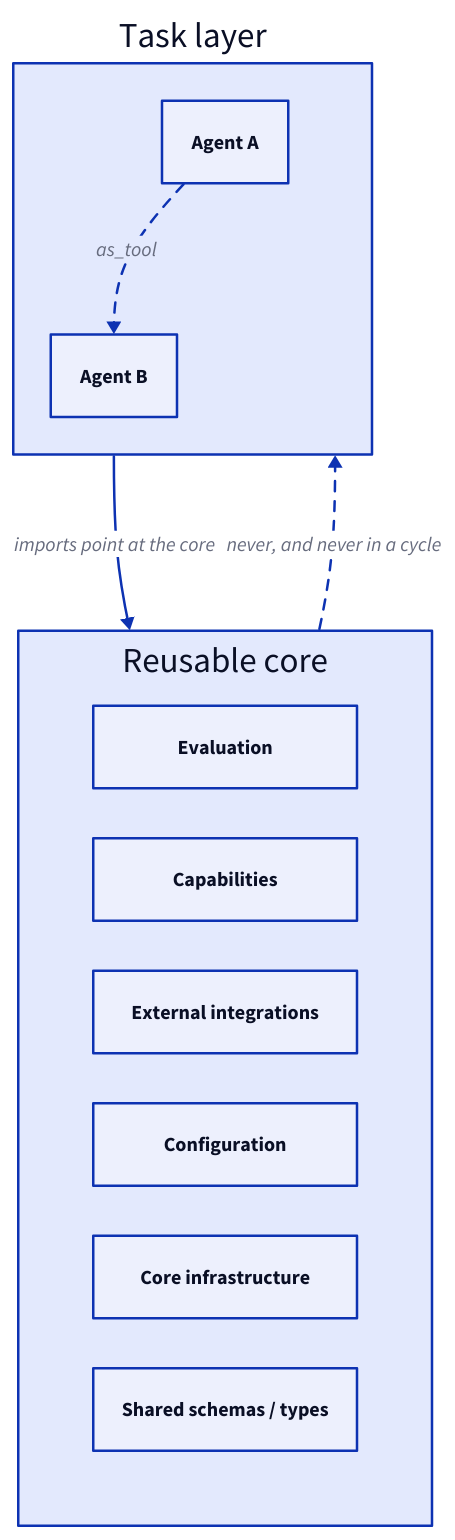
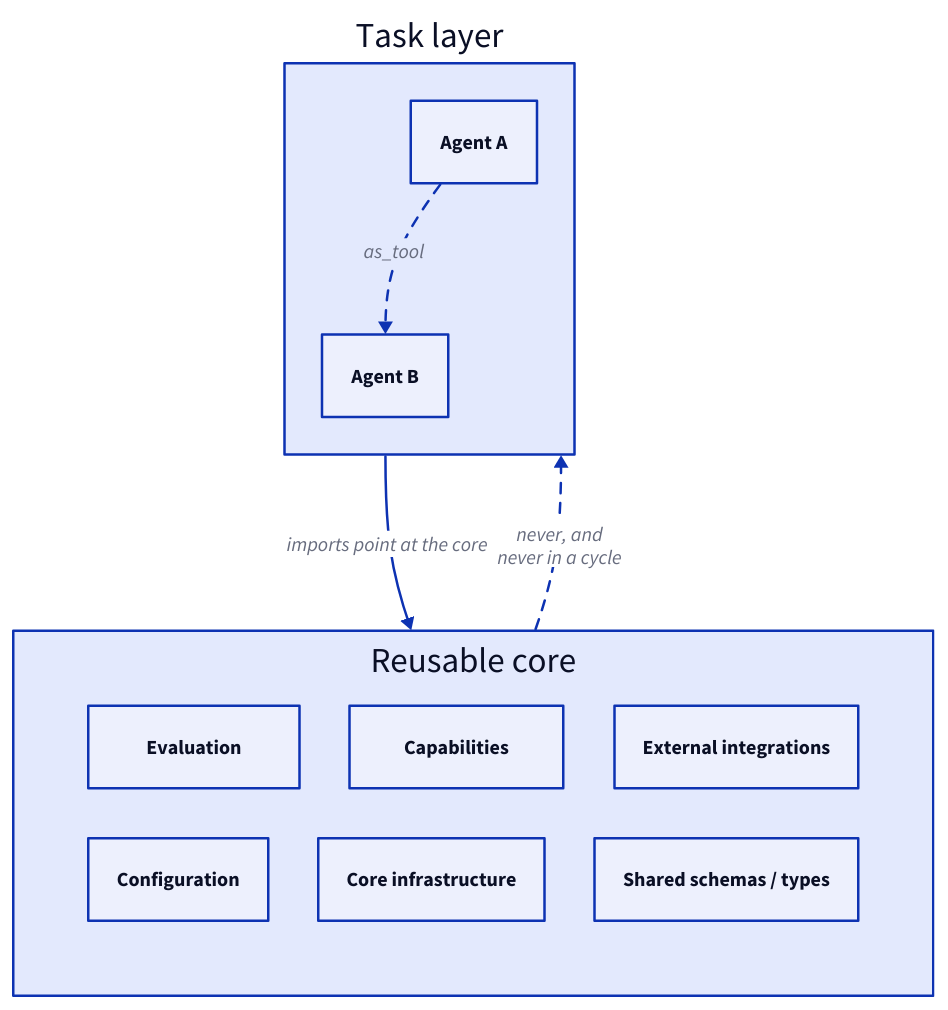
Before and after one commit to mesagroup/ai-agent-development-handbook: the diagram in docs/engineering/codebase-structure.md, drawn with D2. The commit also changed 4 other files, not shown here.

````diff
--- a/docs/engineering/codebase-structure.md
+++ b/docs/engineering/codebase-structure.md
@@ -25,19 +25,19 @@
 ```d2 title="Tiers, and the direction an import may point"
 task: Task layer {
   direction: right
   a: Agent A
   b: Agent B
   a -> b: as_tool {style.stroke-dash: 4}
 }
 core: Reusable core {
-  grid-columns: 1
+  grid-rows: 2
   ev: Evaluation
   cap: Capabilities
   integ: External integrations
   conf: Configuration
   infra: Core infrastructure
   types: "Shared schemas / types"
 }
 task -> core: imports point at the core
-core -> task: never, and never in a cycle {style.stroke-dash: 4}
+core -> task: "never, and\nnever in a cycle" {style.stroke-dash: 4}
 ```
````
